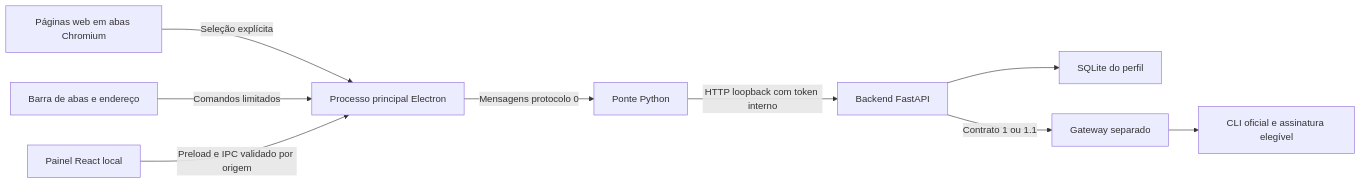
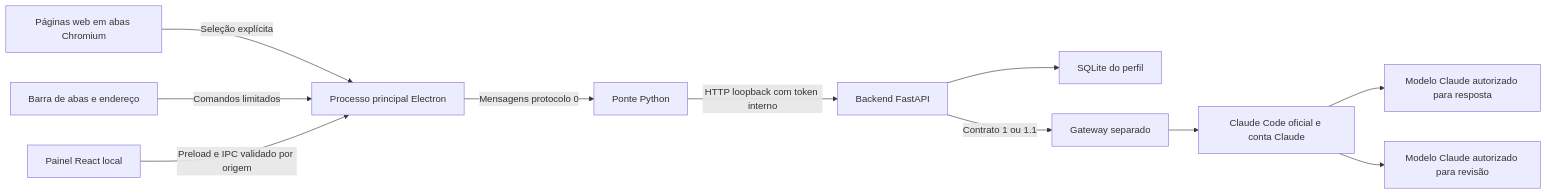
Before and after one commit to Bbarusu/Ia-bbaru: the diagram in docs/ARQUITETURA.md, drawn with Mermaid. The commit also changed other lines of this file and 41 other files, not shown here.

````diff
--- a/docs/ARQUITETURA.md
+++ b/docs/ARQUITETURA.md
@@ -11,11 +11,13 @@
 ```mermaid
 flowchart LR
     W[Páginas web em abas Chromium] -->|Seleção explícita| M[Processo principal Electron]
     S[Barra de abas e endereço] -->|Comandos limitados| M
     P[Painel React local] -->|Preload e IPC validado por origem| M
     M -->|Mensagens protocolo 0| N[Ponte Python]
     N -->|HTTP loopback com token interno| B[Backend FastAPI]
     B --> D[SQLite do perfil]
     B -->|Contrato 1 ou 1.1| G[Gateway separado]
-    G --> C[CLI oficial e assinatura elegível]
+    G --> C[Claude Code oficial e conta Claude]
+    C --> S1[Modelo Claude autorizado para resposta]
+    C --> S2[Modelo Claude autorizado para revisão]
 ```
````
